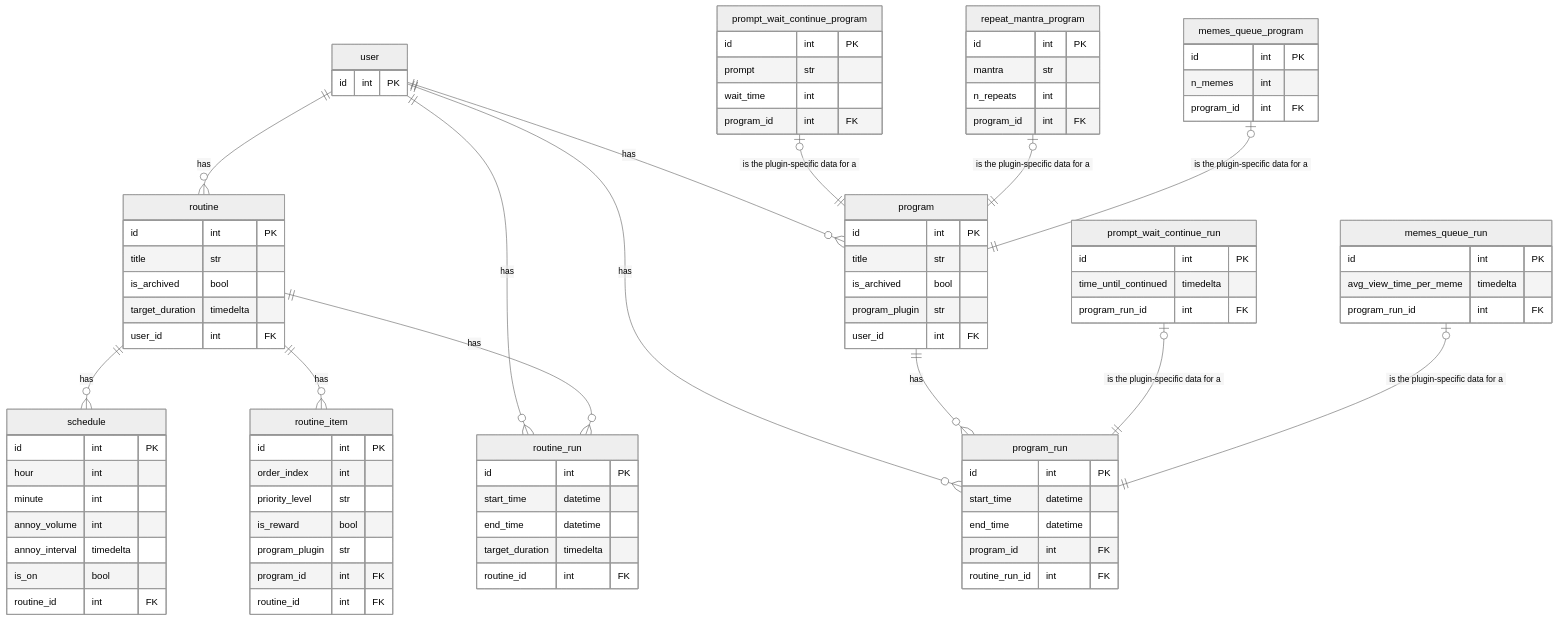
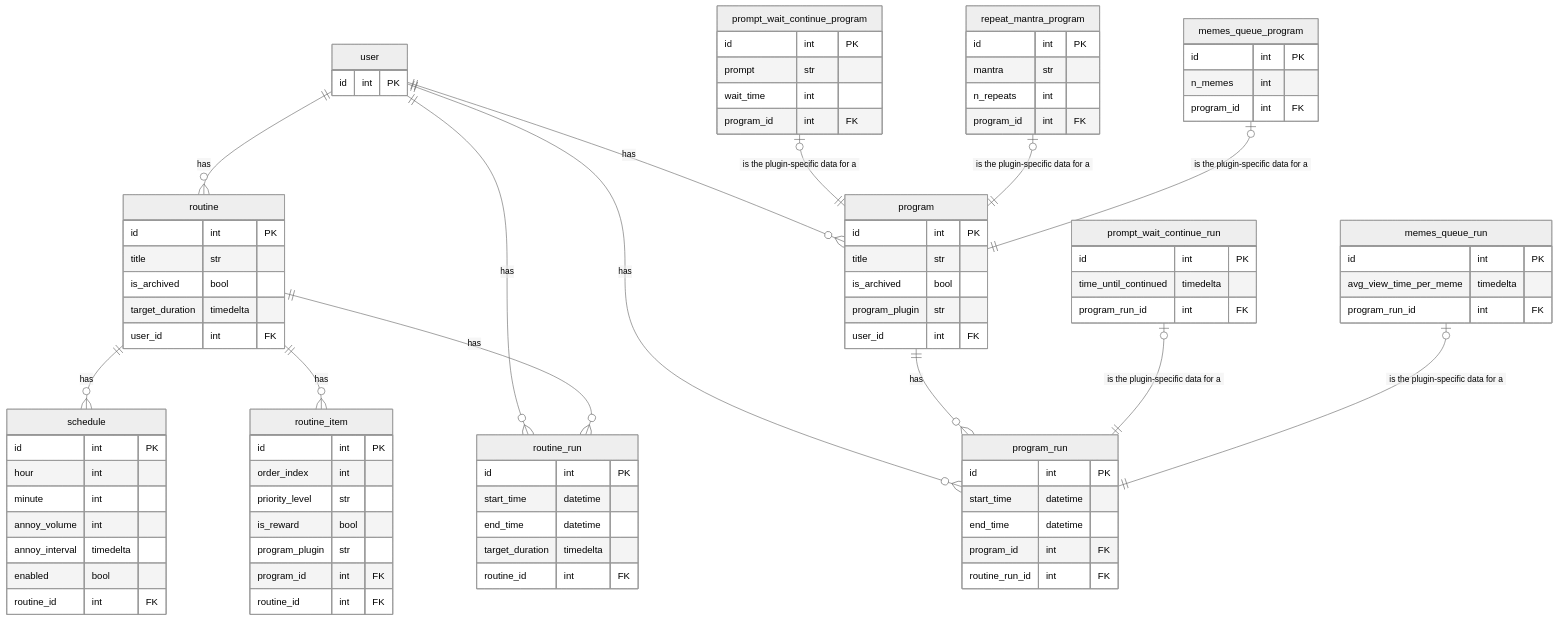
The diagram in README.md (sonnygeorge/routine-butler), drawn with Mermaid (neutral theme) before and after one commit.

Commit message:
Tweaked a column name in the ERD

```diff
--- a/README.md
+++ b/README.md
@@ -85,7 +85,7 @@
         minute int
         annoy_volume int
         annoy_interval timedelta
-        is_on bool
+        enabled bool
         routine_id int FK
     }
 
```
